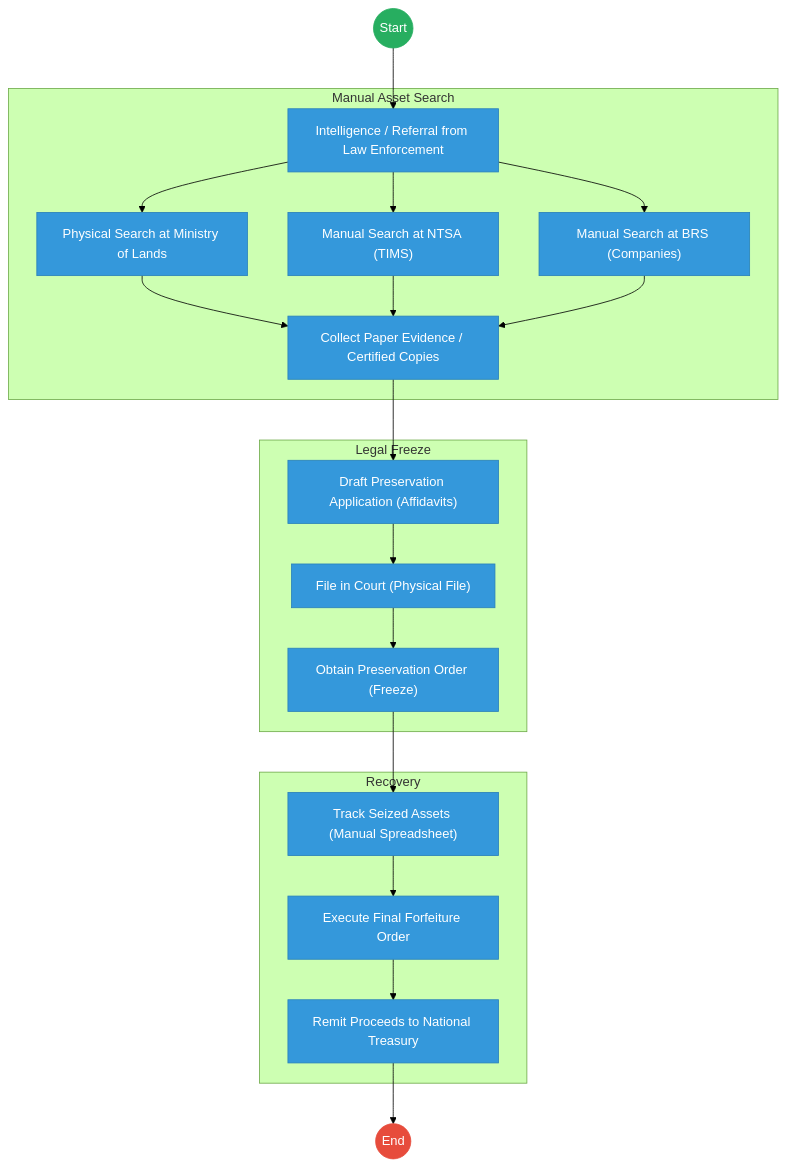
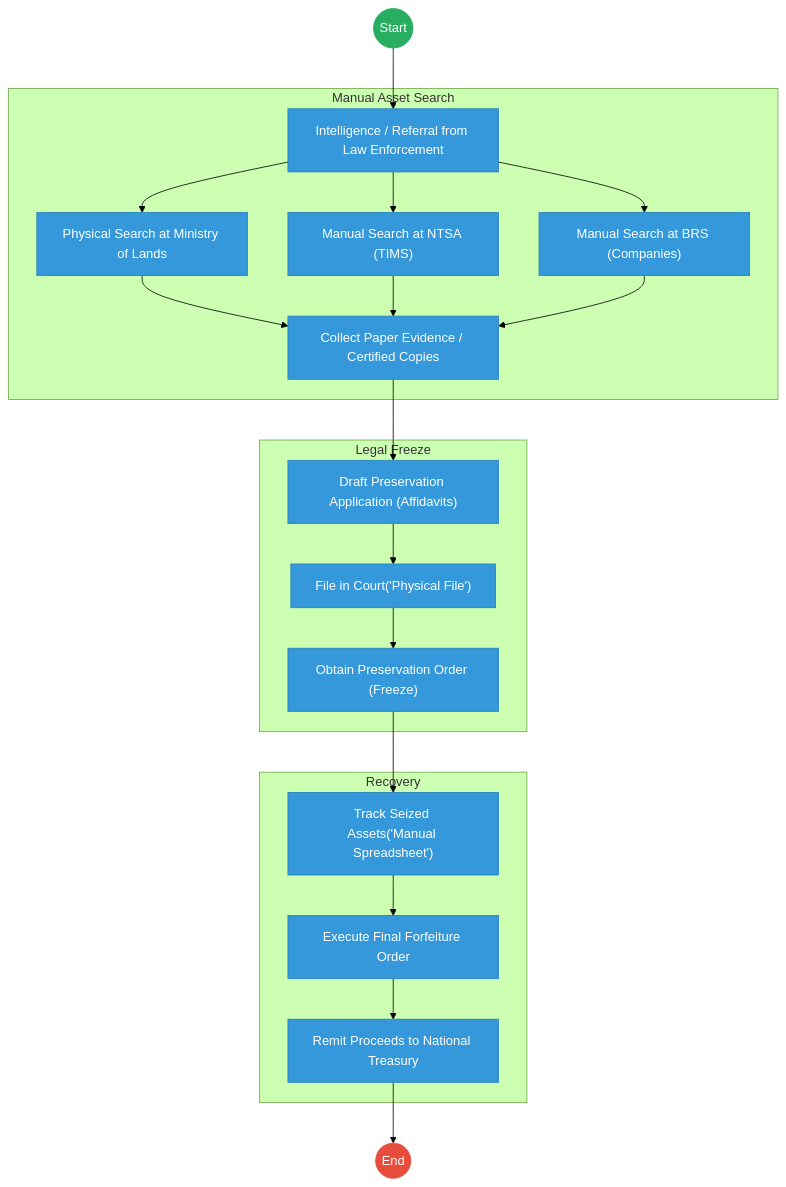
Before and after one commit to BITZ-IT-Consulting-LTD/ictapoc: the first of 2 diagrams in mdas/docs_final/priority_mdas/Assets_Recovery_Agency___Service_Delivery.md, drawn with Mermaid (forest theme). The commit also changed other lines of this file and 33 other files, not shown here.

````diff
--- a/mdas/docs_final/priority_mdas/Assets_Recovery_Agency___Service_Delivery.md
+++ b/mdas/docs_final/priority_mdas/Assets_Recovery_Agency___Service_Delivery.md
@@ -21,34 +21,34 @@
 ```mermaid
 graph TD
     Start((Start)) --> Alert["Intelligence / Referral from Law Enforcement"]
     
-    subgraph Tracing [Manual Asset Search]
+    subgraph Tracing["Manual Asset Search"]
         Alert --> SearchLands["Physical Search at Ministry of Lands"]
         Alert --> SearchNTSA["Manual Search at NTSA (TIMS)"]
         Alert --> SearchBRS["Manual Search at BRS (Companies)"]
         SearchLands --> Collect["Collect Paper Evidence / Certified Copies"]
         SearchNTSA --> Collect
         SearchBRS --> Collect
     end
     
-    subgraph Preservation [Legal Freeze]
+    subgraph Preservation["Legal Freeze"]
         Collect --> Draft["Draft Preservation Application (Affidavits)"]
-        Draft --> Court["File in Court (Physical File)"]
+        Draft --> Court["File in Court('Physical File')"]
         Court --> Order["Obtain Preservation Order (Freeze)"]
     end
     
     subgraph Forfeiture [Recovery]
-        Order --> Management["Track Seized Assets (Manual Spreadsheet)"]
+        Order --> Management["Track Seized Assets('Manual Spreadsheet')"]
         Management --> FinalForfeiture["Execute Final Forfeiture Order"]
         FinalForfeiture --> Treasury["Remit Proceeds to National Treasury"]
     end
     
     Treasury --> End((End))
 
     classDef start fill:#27ae60,stroke:#27ae60,color:#fff;
     classDef endNode fill:#e74c3c,stroke:#e74c3c,color:#fff;
     classDef userTask fill:#3498db,stroke:#2980b9,color:#fff;
     class Start start;
     class End endNode;
     class Alert,SearchLands,SearchNTSA,SearchBRS,Collect,Draft,Court,Order,Management,FinalForfeiture,Treasury userTask;
 ```
````
